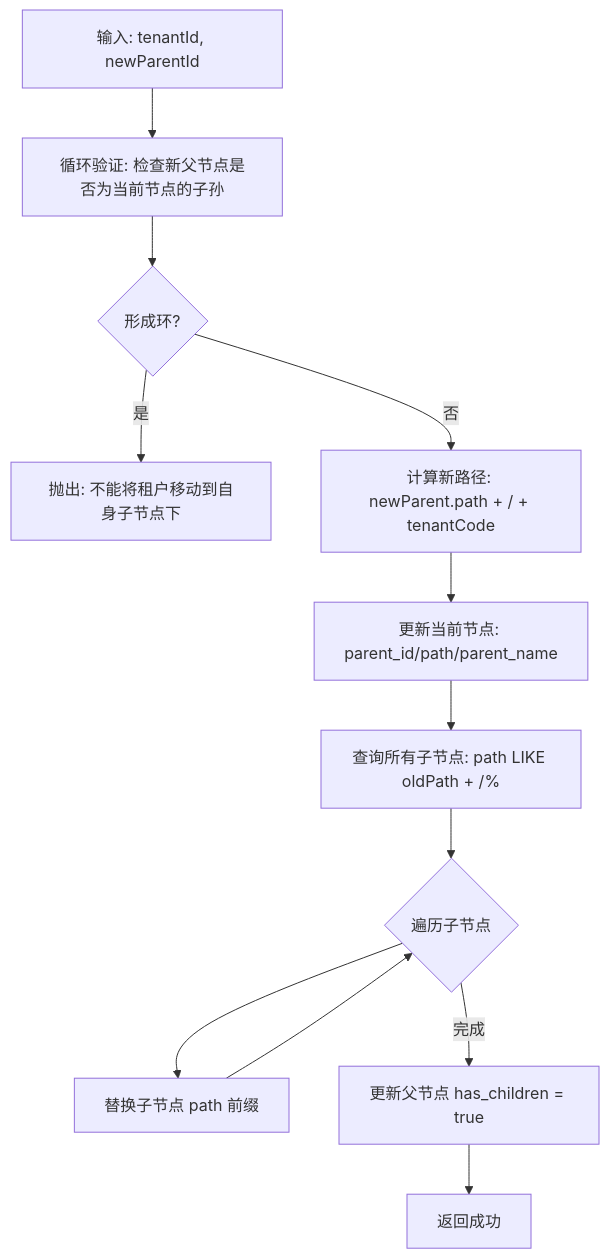
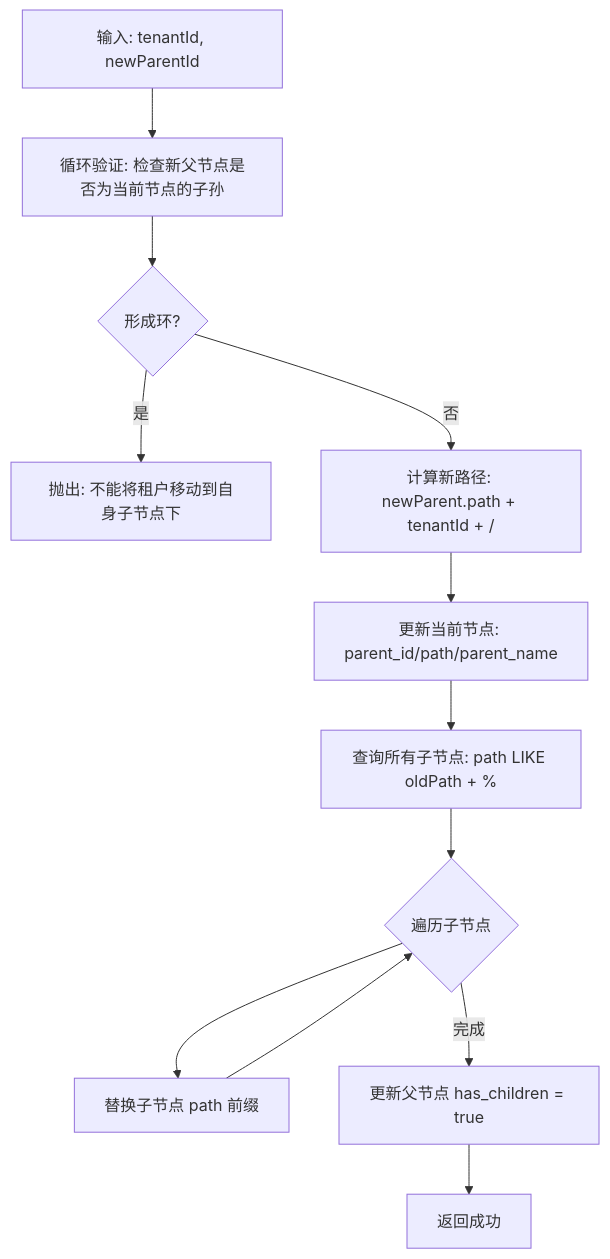
Before and after one commit to shy-doki/nexusix-platform: diagram 14 of 15 in docs/LLD.md, drawn with Mermaid. The commit also changed other lines of this file and 7 other files, not shown here.

````diff
--- a/docs/LLD.md
+++ b/docs/LLD.md
@@ -1201,14 +2099,14 @@
 ```mermaid
 flowchart TD
     A[输入: tenantId, newParentId] --> B[循环验证: 检查新父节点是否为当前节点的子孙]
     B --> B1{形成环?}
     B1 -- 是 --> E[抛出: 不能将租户移动到自身子节点下]
-    B1 -- 否 --> C[计算新路径: newParent.path + / + tenantCode]
+    B1 -- 否 --> C[计算新路径: newParent.path + tenantId + /]
     C --> D[更新当前节点: parent_id/path/parent_name]
-    D --> F[查询所有子节点: path LIKE oldPath + /%]
+    D --> F[查询所有子节点: path LIKE oldPath + %]
     F --> G{遍历子节点}
     G --> H[替换子节点 path 前缀]
     H --> G
     G -- 完成 --> I[更新父节点 has_children = true]
     I --> J[返回成功]
 ```
````
